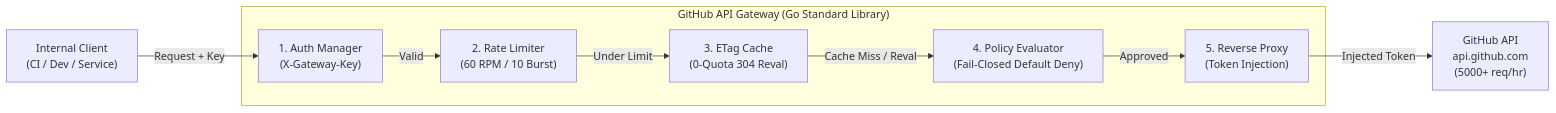
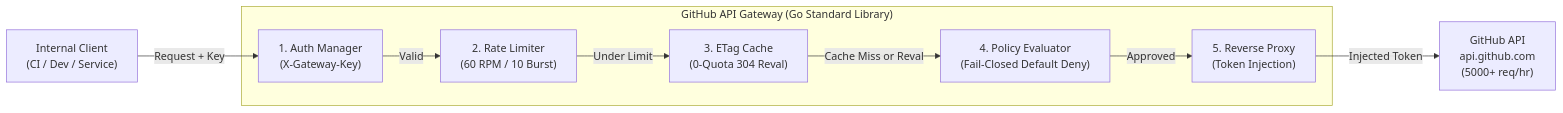
The diagram in README.md (kjaapelania/github-api-gateway), drawn with Mermaid before and after one commit. The commit also changed other lines of this file and 10 other files, not shown here.

Commit message:
docs: resolve Mermaid rendering bugs and provide pre-rendered vector SVGs for all UML diagrams

````diff
--- a/README.md
+++ b/README.md
@@ -45,21 +50,21 @@
 ```mermaid
 flowchart LR
     Client["Internal Client<br/>(CI / Dev / Service)"]
     
-    subgraph Gateway["GitHub API Gateway (Go Standard Library)"]
+    subgraph Gateway ["GitHub API Gateway (Go Standard Library)"]
         Auth["1. Auth Manager<br/>(X-Gateway-Key)"]
         RL["2. Rate Limiter<br/>(60 RPM / 10 Burst)"]
         Cache["3. ETag Cache<br/>(0-Quota 304 Reval)"]
         Policy["4. Policy Evaluator<br/>(Fail-Closed Default Deny)"]
         Proxy["5. Reverse Proxy<br/>(Token Injection)"]
     end
 
     Upstream["GitHub API<br/>api.github.com<br/>(5000+ req/hr)"]
 
-    Client -->|"Request + Key"| Auth
-    Auth -->|"Valid"| RL
-    RL -->|"Under Limit"| Cache
-    Cache -->|"Cache Miss / Reval"| Policy
-    Policy -->|"Approved"| Proxy
-    Proxy -->|"Injected Token"| Upstream
+    Client -->|Request + Key| Auth
+    Auth -->|Valid| RL
+    RL -->|Under Limit| Cache
+    Cache -->|Cache Miss or Reval| Policy
+    Policy -->|Approved| Proxy
+    Proxy -->|Injected Token| Upstream
 ```
````
